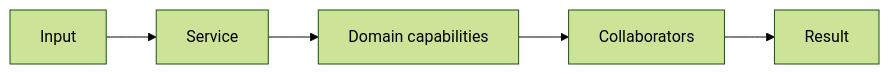
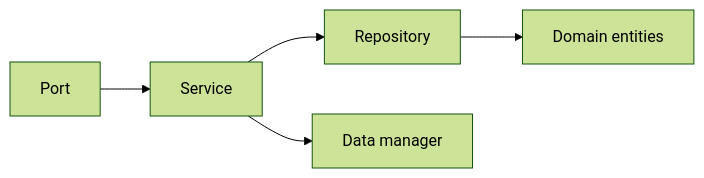
One commit to virtualitems/tshex-cli changed the diagram in docs/shared/application/services.md. Above: the diagram before and after it, drawn with Mermaid (forest theme). The commit also changed other lines of this file and 5 other files, not shown here.

````diff
--- a/docs/shared/application/services.md
+++ b/docs/shared/application/services.md
@@ -115,7 +118,7 @@
 ```mermaid
 flowchart LR
-    input[Input] --> service[Service]
-    service --> domain["Domain capabilities"]
-    domain --> collaborators[Collaborators]
-    collaborators --> result[Result]
+    port[Port] --> service[Service]
+    service --> repository[Repository]
+    service --> manager["Data manager"]
+    repository --> domain["Domain entities"]
 ```
````
